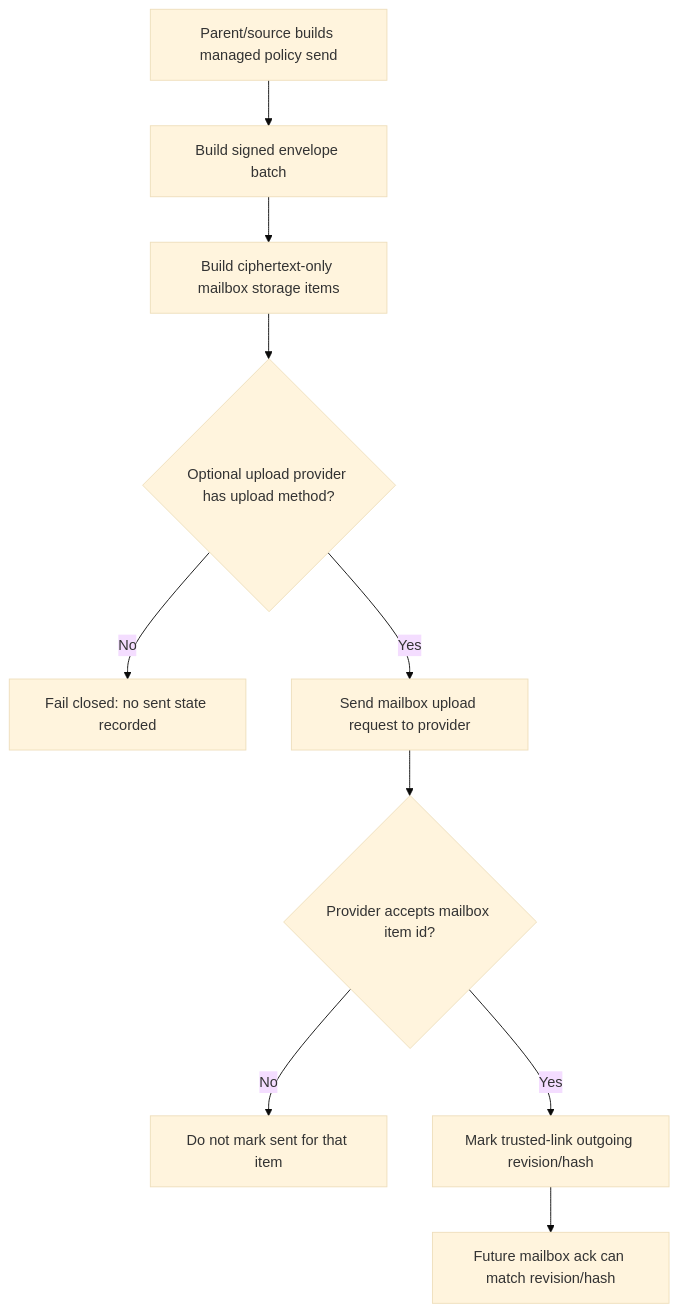
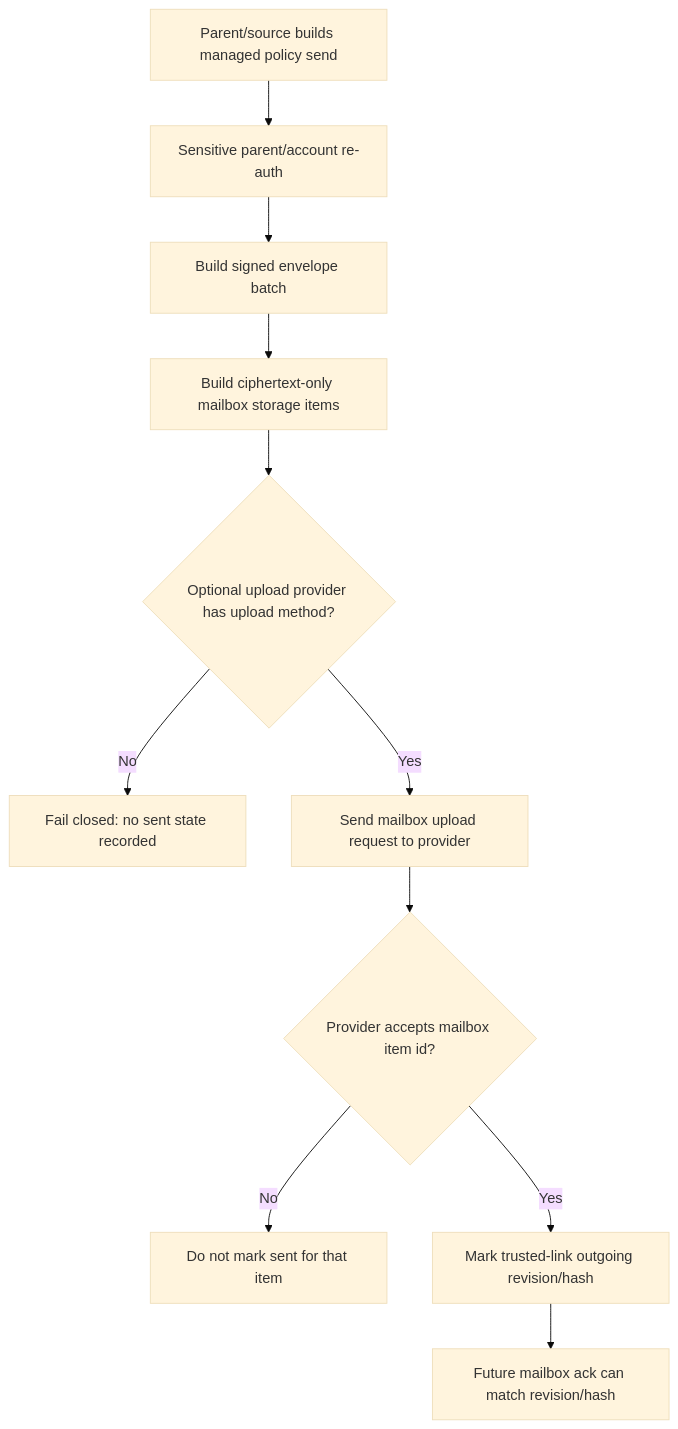
The diagram in docs/audit/FILTERTUBE_MANAGED_MAILBOX_SOURCE_UPLOAD_HANDOFF_2026-06-05.md (varshneydevansh/FilterTube), drawn with Mermaid (base theme) before and after one commit. The commit also changed other lines of this file and 47 other files, not shown here.

Commit message:
fix: require admin auth for managed provider delivery

````diff
--- a/docs/audit/FILTERTUBE_MANAGED_MAILBOX_SOURCE_UPLOAD_HANDOFF_2026-06-05.md
+++ b/docs/audit/FILTERTUBE_MANAGED_MAILBOX_SOURCE_UPLOAD_HANDOFF_2026-06-05.md
@@ -34,12 +36,13 @@
 ```mermaid
 flowchart TD
-  A["Parent/source builds managed policy send"] --> B["Build signed envelope batch"]
+  A["Parent/source builds managed policy send"] --> R["Sensitive parent/account re-auth"]
+  R --> B["Build signed envelope batch"]
   B --> C["Build ciphertext-only mailbox storage items"]
   C --> D{"Optional upload provider has upload method?"}
   D -->|No| E["Fail closed: no sent state recorded"]
   D -->|Yes| F["Send mailbox upload request to provider"]
   F --> G{"Provider accepts mailbox item id?"}
   G -->|No| H["Do not mark sent for that item"]
   G -->|Yes| I["Mark trusted-link outgoing revision/hash"]
   I --> J["Future mailbox ack can match revision/hash"]
 ```
````
